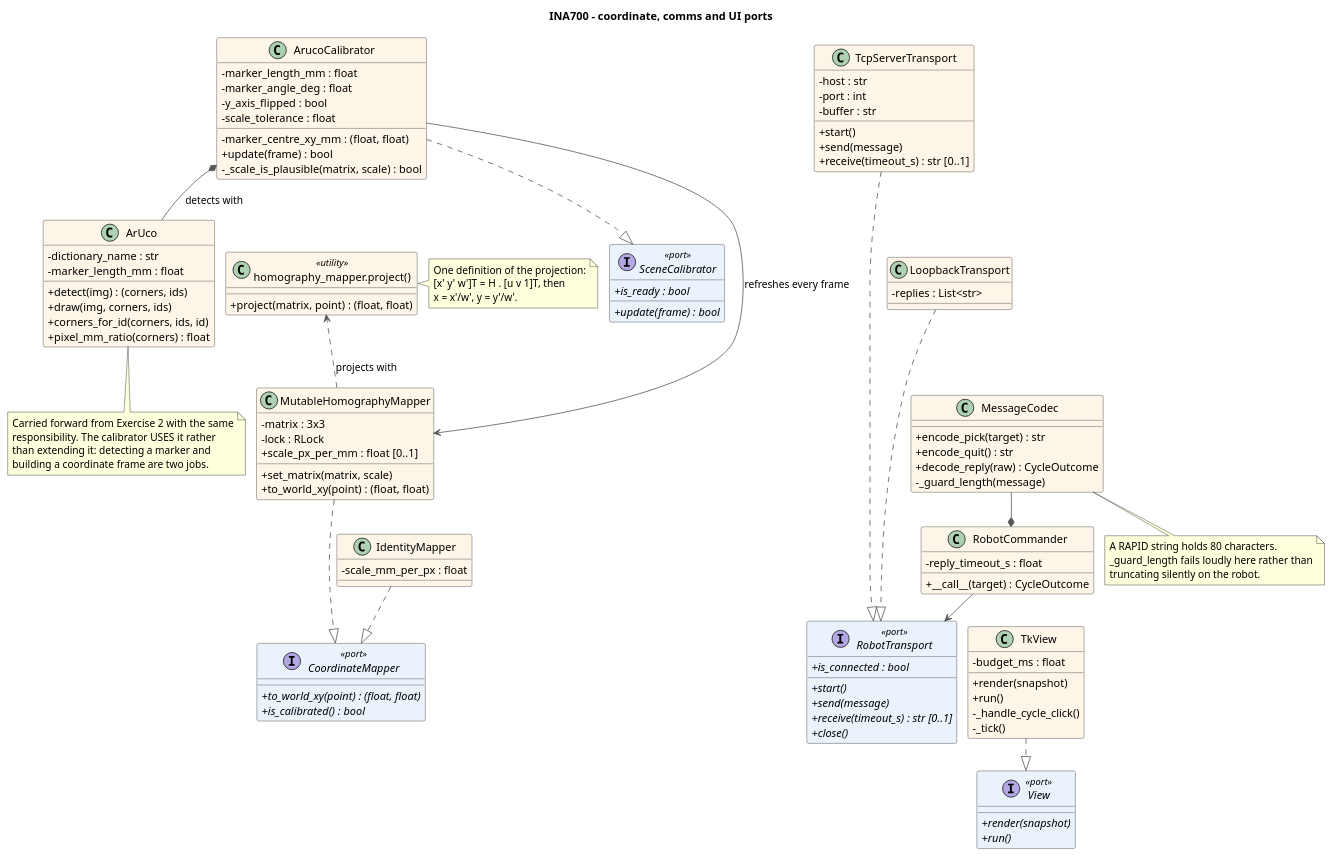
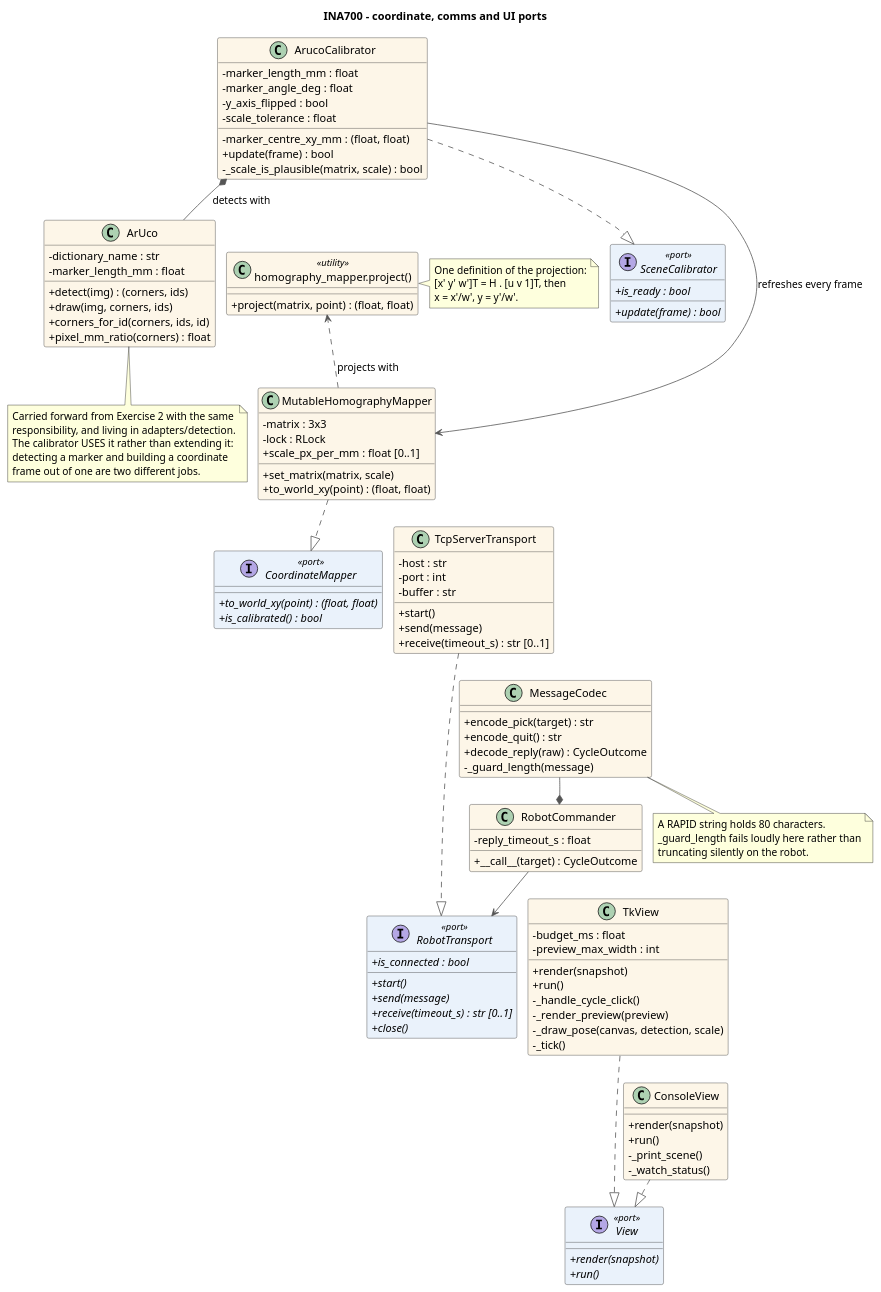
The diagram in docs/uml/04-ports-mapping-comms.puml (suka1901/project_industrial_automation), drawn with PlantUML before and after one commit. The commit also changed 45 other files, not shown here.

```diff
--- a/docs/uml/04-ports-mapping-comms.puml
+++ b/docs/uml/04-ports-mapping-comms.puml
@@ -1,149 +1,154 @@
 @startuml INA700_ports_mapping_comms
 ' INA700 - coordinate, communication and UI ports
 ' Author: Suraj Karki
 ' Course: INA700 - AI-based pick and place
 
 title INA700 - coordinate, comms and UI ports
 
-' ObjectSelector and its rules are in 05-application.puml.
+' ObjectSelector and the rest of the layering are in
+' pi-01-architecture.puml. Only the adapters the station runs are
+' drawn here: the identity mapper and the loopback robot exist for
+' the tests and are not in the cell.
 
 skinparam backgroundColor #FFFFFF
 skinparam shadowing false
 skinparam classAttributeIconSize 0
 skinparam nodesep 14
 skinparam ranksep 34
 skinparam ArrowColor #555555
 skinparam class {
   BorderColor #333333
   BackgroundColor #FDF6E8
   BackgroundColor<<port>> #EAF2FB
 }
 
 interface SceneCalibrator <<port>> {
   +{abstract} update(frame) : bool
   +{abstract} is_ready : bool
 }
 interface CoordinateMapper <<port>> {
   +{abstract} to_world_xy(point) : (float, float)
   +{abstract} is_calibrated() : bool
 }
 interface RobotTransport <<port>> {
   +{abstract} start()
   +{abstract} send(message)
   +{abstract} receive(timeout_s) : str [0..1]
   +{abstract} close()
   +{abstract} is_connected : bool
 }
 interface View <<port>> {
   +{abstract} render(snapshot)
   +{abstract} run()
 }
 
 class ArUco {
   -dictionary_name : str
   -marker_length_mm : float
   +detect(img) : (corners, ids)
   +draw(img, corners, ids)
   +corners_for_id(corners, ids, id)
   +pixel_mm_ratio(corners) : float
 }
 
 class ArucoCalibrator {
   -marker_length_mm : float
   -marker_centre_xy_mm : (float, float)
   -marker_angle_deg : float
   -y_axis_flipped : bool
   -scale_tolerance : float
   +update(frame) : bool
   -_scale_is_plausible(matrix, scale) : bool
 }
 
 class "homography_mapper.project()" as project <<utility>> {
   +project(matrix, point) : (float, float)
 }
 note right of project
   One definition of the projection:
   [x' y' w']T = H . [u v 1]T, then
   x = x'/w', y = y'/w'.
 end note
 
 class MutableHomographyMapper {
   -matrix : 3x3
   -lock : RLock
   +set_matrix(matrix, scale)
   +scale_px_per_mm : float [0..1]
   +to_world_xy(point) : (float, float)
 }
-class IdentityMapper {
-  -scale_mm_per_px : float
-}
-
 class TcpServerTransport {
   -host : str
   -port : int
   -buffer : str
   +start()
   +send(message)
   +receive(timeout_s) : str [0..1]
-}
-class LoopbackTransport {
-  -replies : List<str>
 }
 class MessageCodec {
   +encode_pick(target) : str
   +encode_quit() : str
   +decode_reply(raw) : CycleOutcome
   -_guard_length(message)
 }
 class RobotCommander {
   -reply_timeout_s : float
   +__call__(target) : CycleOutcome
 }
 
 class TkView {
   -budget_ms : float
+  -preview_max_width : int
   +render(snapshot)
   +run()
   -_handle_cycle_click()
+  -_render_preview(preview)
+  -_draw_pose(canvas, detection, scale)
   -_tick()
+}
+class ConsoleView {
+  +render(snapshot)
+  +run()
+  -_print_scene()
+  -_watch_status()
 }
 
 ArucoCalibrator ..|> SceneCalibrator
 ArucoCalibrator *-- ArUco : detects with
 ArucoCalibrator --> MutableHomographyMapper : refreshes every frame
 
 MutableHomographyMapper ..|> CoordinateMapper
 MutableHomographyMapper ..> project : projects with
-IdentityMapper ..|> CoordinateMapper
 
 TcpServerTransport ..|> RobotTransport
-LoopbackTransport ..|> RobotTransport
 RobotCommander --> RobotTransport
 RobotCommander *-- MessageCodec
 
 TkView ..|> View
+ConsoleView ..|> View
 
 note bottom of ArUco
   Carried forward from Exercise 2 with the same
-  responsibility. The calibrator USES it rather
-  than extending it: detecting a marker and
-  building a coordinate frame are two jobs.
+  responsibility, and living in adapters/detection.
+  The calibrator USES it rather than extending it:
+  detecting a marker and building a coordinate
+  frame out of one are two different jobs.
 end note
 
 note bottom of MessageCodec
   A RAPID string holds 80 characters.
   _guard_length fails loudly here rather than
   truncating silently on the robot.
 end note
 
 ' Stack the concrete classes so the diagram is not one wide strip.
 ArUco -[hidden]down- ArucoCalibrator
 ArucoCalibrator -[hidden]down- project
 project -[hidden]down- MutableHomographyMapper
-MutableHomographyMapper -[hidden]down- IdentityMapper
-TcpServerTransport -[hidden]down- LoopbackTransport
-LoopbackTransport -[hidden]down- MessageCodec
+MutableHomographyMapper -[hidden]down- TcpServerTransport
+TcpServerTransport -[hidden]down- MessageCodec
 MessageCodec -[hidden]down- RobotCommander
 RobotCommander -[hidden]down- TkView
+TkView -[hidden]down- ConsoleView
 
 @enduml
```
